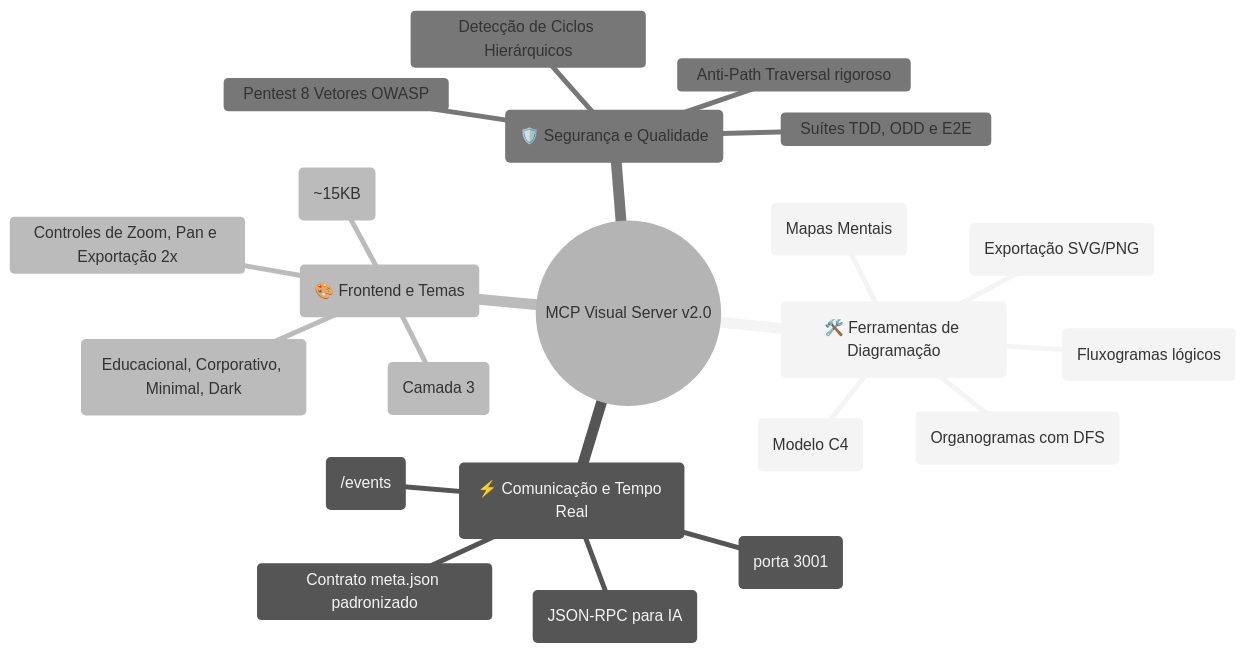
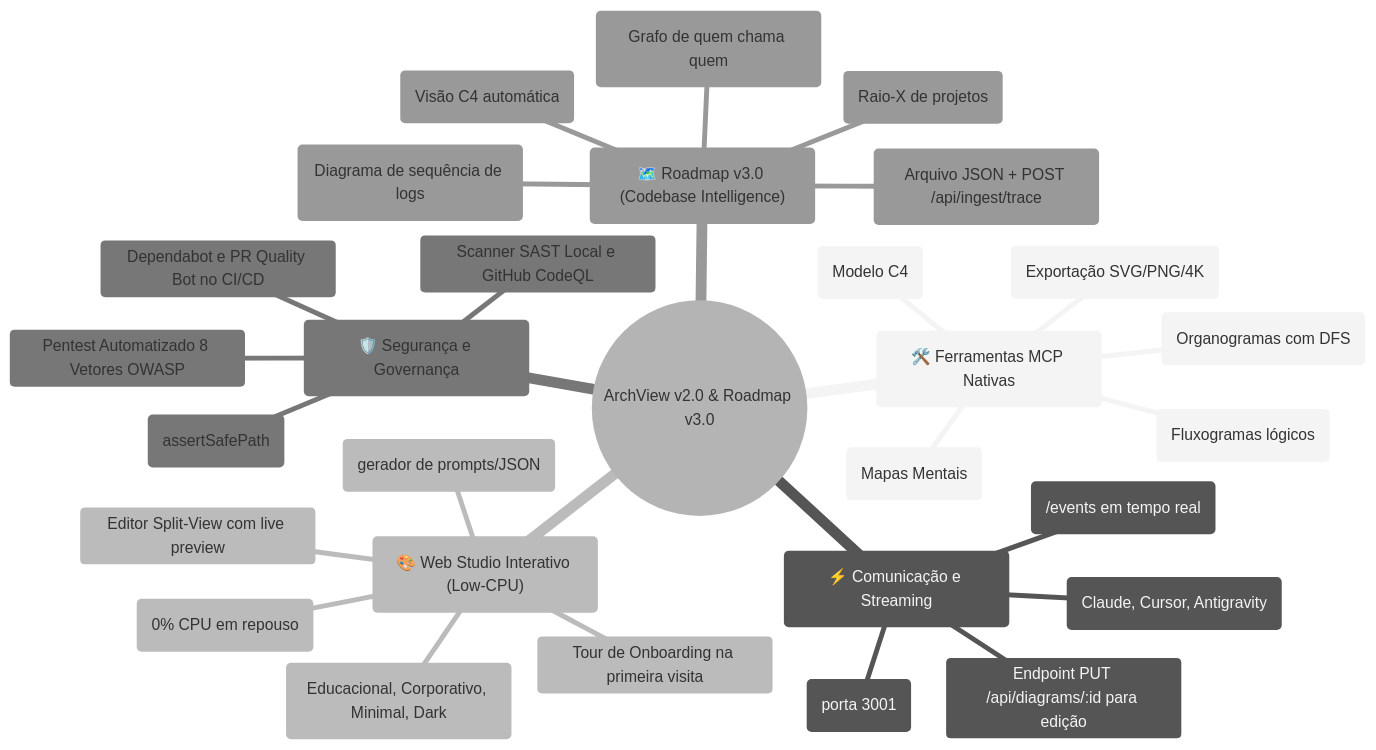
The diagram in output/self-doc-mindmap.mmd (70gurupia/archview), drawn with Mermaid (neutral theme) before and after one commit. The commit also changed 10 other files, not shown here.

Commit message:
docs(diagrams): regenerate visual architecture diagrams with v2.0 features and v3.0 roadmap

```diff
--- a/output/self-doc-mindmap.mmd
+++ b/output/self-doc-mindmap.mmd
@@ -1,23 +1,30 @@
 mindmap
-  root(("MCP Visual Server v2.0"))
-    ("🛠️ Ferramentas de Diagramação")
+  root(("ArchView v2.0 & Roadmap v3.0"))
+    ("🛠️ Ferramentas MCP Nativas")
       generate_mindmap (Mapas Mentais)
       generate_orgchart (Organogramas com DFS)
       generate_architecture_diagram (Modelo C4)
       generate_flowchart (Fluxogramas lógicos)
-      export_diagram (Exportação SVG/PNG)
-    ("⚡ Comunicação e Tempo Real")
-      MCP Stdio (JSON-RPC para IA)
-      Express API REST (porta 3001)
-      Server-Sent Events (/events)
-      Contrato meta.json padronizado
-    ("🎨 Frontend e Temas")
-      Alpine.js reativo (~15KB)
+      export_diagram (Exportação SVG/PNG/4K)
+    ("⚡ Comunicação e Streaming")
+      MCP Stdio JSON-RPC (Claude, Cursor, Antigravity)
+      Express 5 API REST (porta 3001)
+      Server-Sent Events (/events em tempo real)
+      Endpoint PUT /api/diagrams/:id para edição
+    ("🎨 Web Studio Interativo (Low-CPU)")
+      Editor Split-View com live preview
+      Playground Didático MCP (gerador de prompts/JSON)
+      Tour de Onboarding na primeira visita
+      GPU-Accelerated Pan e Zoom (0% CPU em repouso)
       4 Temas (Educacional, Corporativo, Minimal, Dark)
-      Pós-processador SVG DOM (Camada 3)
-      Controles de Zoom, Pan e Exportação 2x
-    ("🛡️ Segurança e Qualidade")
-      Anti-Path Traversal rigoroso
-      Detecção de Ciclos Hierárquicos
-      Pentest 8 Vetores OWASP
-      Suítes TDD, ODD e E2E
+    ("🛡️ Segurança e Governança")
+      Anti-Path Traversal estrito (assertSafePath)
+      Scanner SAST Local e GitHub CodeQL
+      Pentest Automatizado 8 Vetores OWASP
+      Dependabot e PR Quality Bot no CI/CD
+    ("🗺️ Roadmap v3.0 (Codebase Intelligence)")
+      scan_codebase_topology (Visão C4 automática)
+      trace_call_graph (Grafo de quem chama quem)
+      trace_execution_flow (Diagrama de sequência de logs)
+      analyze_codebase_overview (Raio-X de projetos)
+      Ingestão Híbrida (Arquivo JSON + POST /api/ingest/trace)
```
